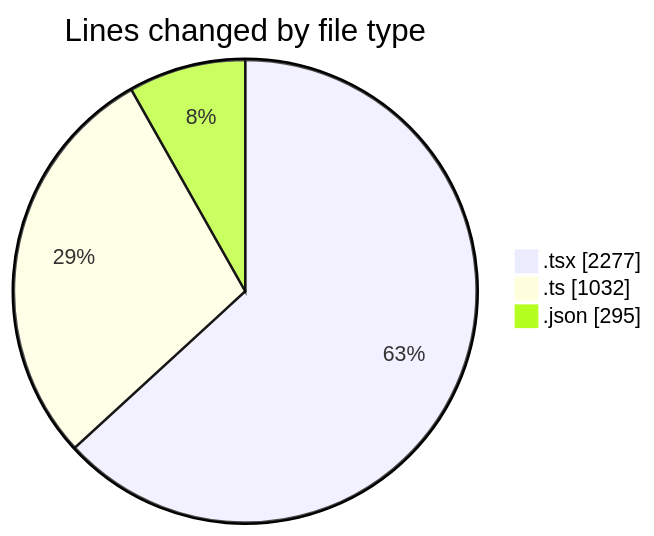
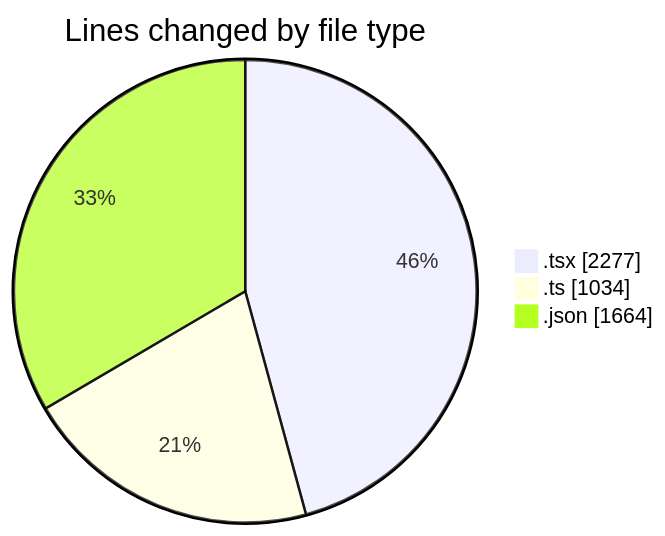
Before and after one commit to julien-gomy/code-tracking: the first of 2 diagrams in 2025-10-09/eventscop-frontend-guide__workspace_/README.md, drawn with Mermaid. The commit also changed other lines of this file and 1 other file, not shown here.

````diff
--- a/2025-10-09/eventscop-frontend-guide__workspace_/README.md
+++ b/2025-10-09/eventscop-frontend-guide__workspace_/README.md
@@ -40,7 +41,7 @@
 ```mermaid
 pie showData
 title Lines changed by file type
 ".tsx" : 2277
-".ts" : 1032
-".json" : 295
+".ts" : 1034
+".json" : 1664
 ```
````
